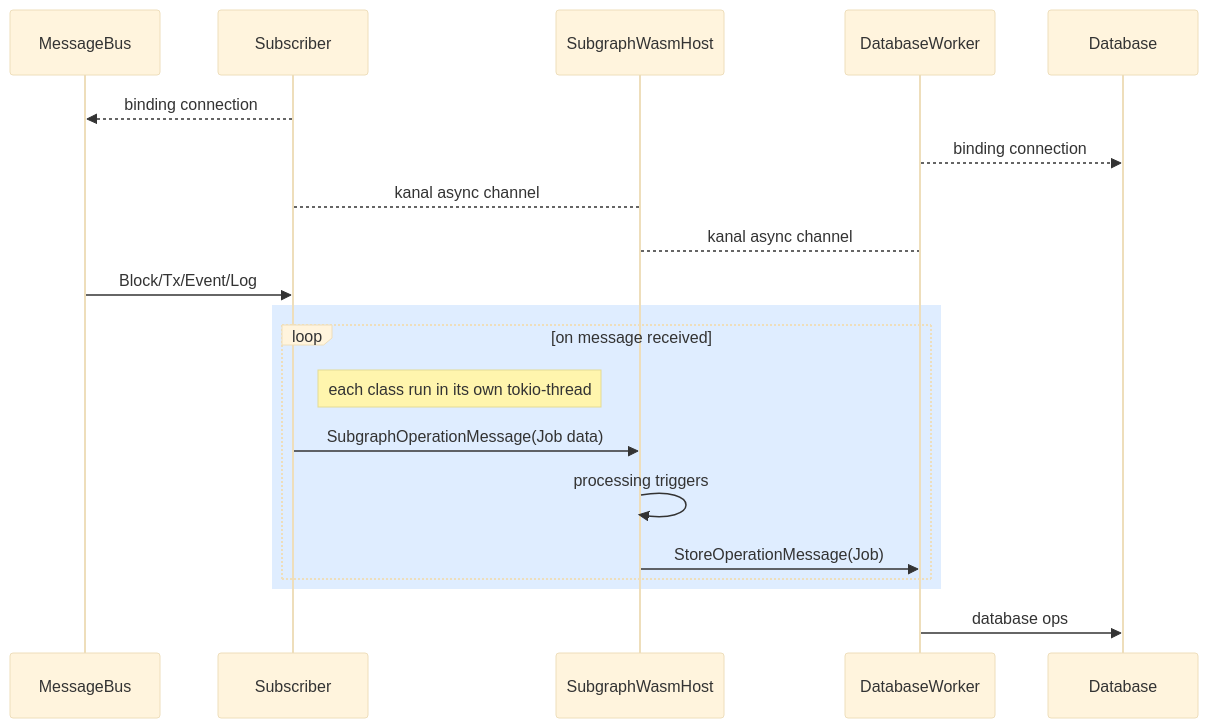
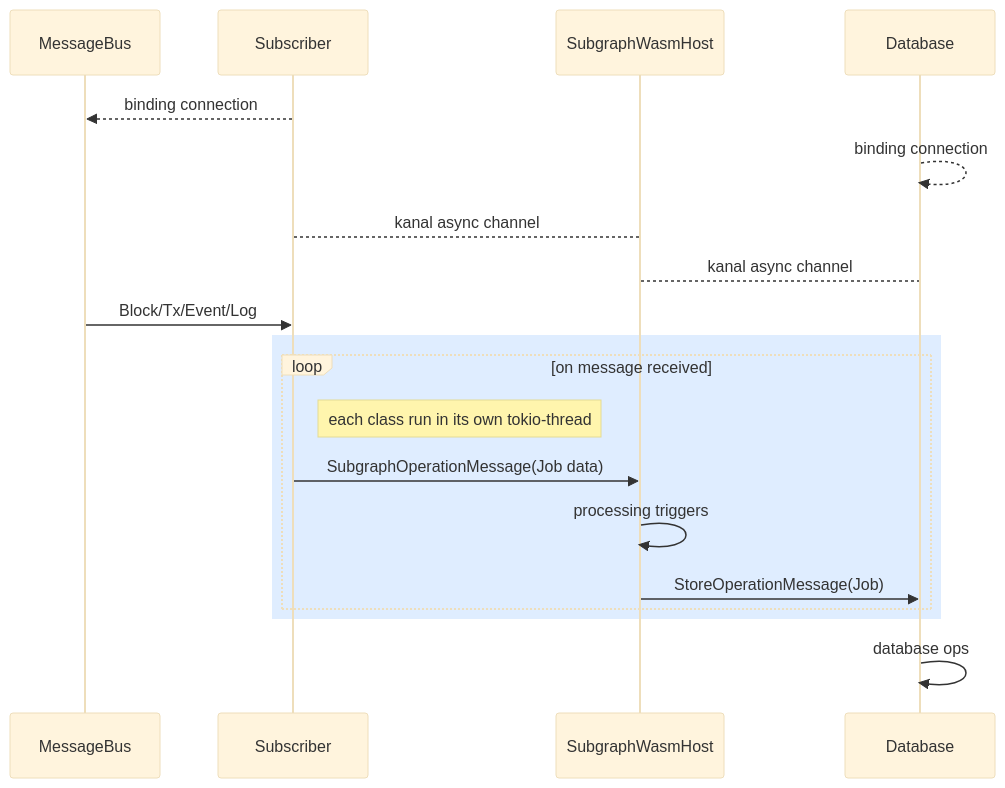
Before and after one commit to datafast-network/datafast-runtime: the diagram in README.md, drawn with Mermaid (base theme). The commit also changed 10 other files, not shown here.

````diff
--- a/README.md
+++ b/README.md
@@ -15,25 +15,25 @@
 ```mermaid
 sequenceDiagram
     participant MessageBus
     participant Subscriber
     participant SubgraphWasmHost
-    participant DatabaseWorker
+    participant Database
     participant Database
 
     Subscriber-->>MessageBus: binding connection
-    DatabaseWorker-->>Database: binding connection
+    Database-->>Database: binding connection
     Subscriber-->SubgraphWasmHost: kanal async channel
-    SubgraphWasmHost-->DatabaseWorker: kanal async channel
+    SubgraphWasmHost-->Database: kanal async channel
     MessageBus->>Subscriber: Block/Tx/Event/Log
 
     rect rgb(191, 220, 255, .5)
     loop on message received
         note right of Subscriber: each class run in its own tokio-thread
         Subscriber->> SubgraphWasmHost: SubgraphOperationMessage(Job data)
         SubgraphWasmHost->>SubgraphWasmHost: processing triggers
-        SubgraphWasmHost->>DatabaseWorker: StoreOperationMessage(Job)
+        SubgraphWasmHost->>Database: StoreOperationMessage(Job)
     end
     end
 
-    DatabaseWorker->>Database: database ops
+    Database->>Database: database ops
 ```
````
